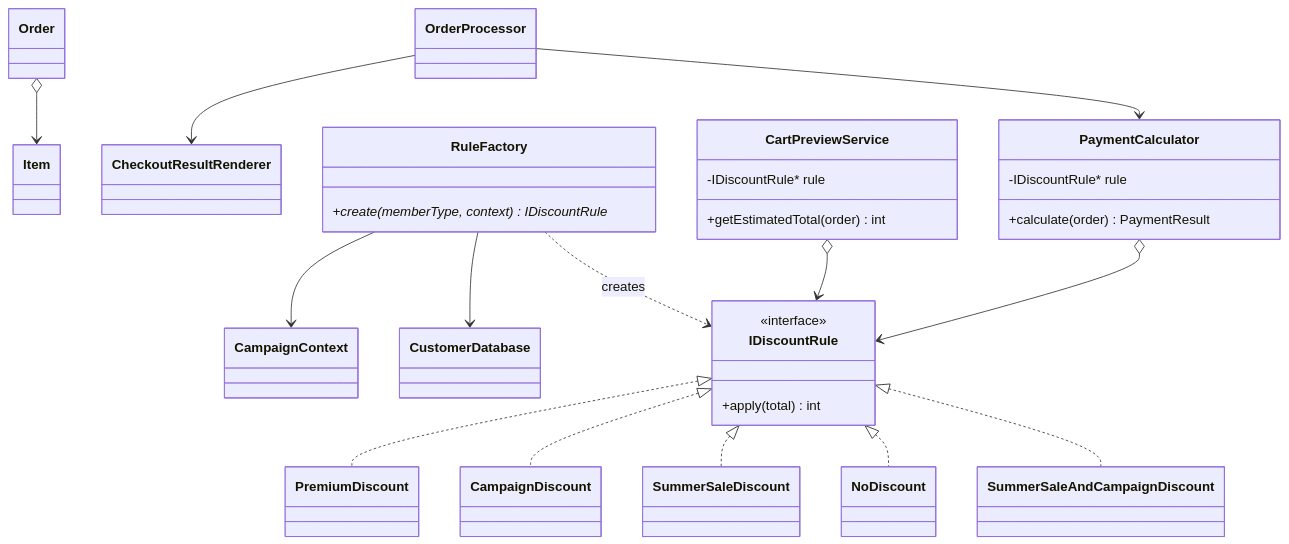
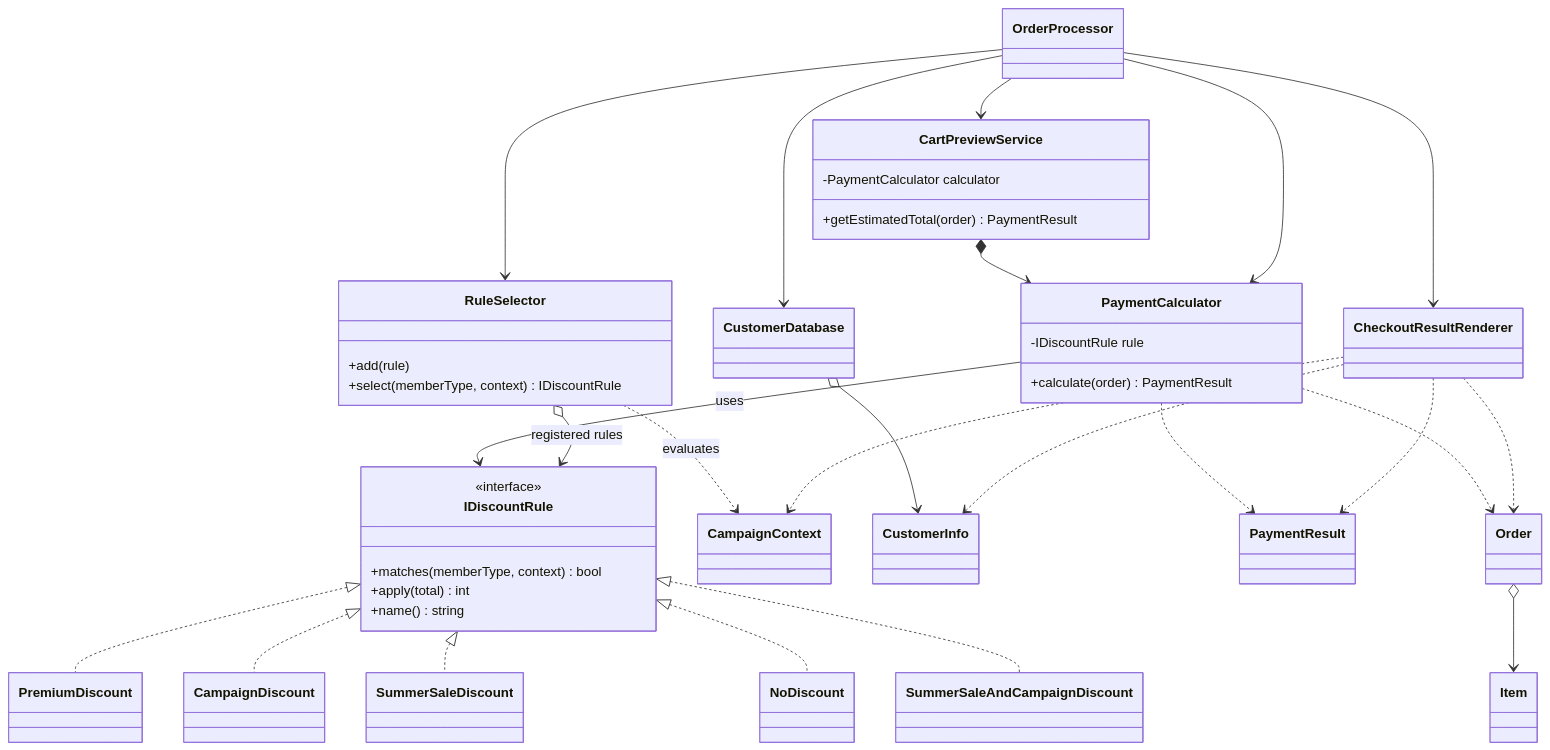
The eighth of 12 diagrams in kindle/design-patterns/output/chapter01.md (kumachan1101-pixel/DesignPattern), drawn with Mermaid before and after one commit. The commit also changed other lines of this file and 1 other file, not shown here.

````diff
--- a/kindle/design-patterns/output/chapter01.md
+++ b/kindle/design-patterns/output/chapter01.md
@@ -1739,42 +2046,56 @@
 ```mermaid
 classDiagram
     class Item
     class Order
     class CampaignContext
+    class CustomerInfo
     class CustomerDatabase
     class CheckoutResultRenderer
     class OrderProcessor
+    class PaymentResult
     class NoDiscount
     class SummerSaleAndCampaignDiscount
     class PaymentCalculator {
-        -IDiscountRule* rule
+        -IDiscountRule rule
         +calculate(order) PaymentResult
     }
     class CartPreviewService {
-        -IDiscountRule* rule
-        +getEstimatedTotal(order) int
+        -PaymentCalculator calculator
+        +getEstimatedTotal(order) PaymentResult
     }
     class IDiscountRule {
         <<interface>>
+        +matches(memberType, context) bool
         +apply(total) int
+        +name() string
     }
     class PremiumDiscount
     class CampaignDiscount
     class SummerSaleDiscount
-    class RuleFactory {
-        +create(memberType, context) IDiscountRule*
+    class RuleSelector {
+        +add(rule)
+        +select(memberType, context) IDiscountRule
     }
-    PaymentCalculator o--> IDiscountRule
-    CartPreviewService o--> IDiscountRule
+    PaymentCalculator --> IDiscountRule : uses
+    CartPreviewService *--> PaymentCalculator
+    RuleSelector o--> IDiscountRule : registered rules
     IDiscountRule <|.. PremiumDiscount
     IDiscountRule <|.. CampaignDiscount
     IDiscountRule <|.. SummerSaleDiscount
     IDiscountRule <|.. NoDiscount
     IDiscountRule <|.. SummerSaleAndCampaignDiscount
     Order o--> Item
+    CustomerDatabase o--> CustomerInfo
+    OrderProcessor --> CustomerDatabase
+    OrderProcessor --> RuleSelector
     OrderProcessor --> PaymentCalculator
+    OrderProcessor --> CartPreviewService
     OrderProcessor --> CheckoutResultRenderer
-    RuleFactory --> CampaignContext
-    RuleFactory --> CustomerDatabase
-    RuleFactory ..> IDiscountRule : creates
+    RuleSelector ..> CampaignContext : evaluates
+    PaymentCalculator ..> Order
+    PaymentCalculator ..> PaymentResult
+    CheckoutResultRenderer ..> CustomerInfo
+    CheckoutResultRenderer ..> Order
+    CheckoutResultRenderer ..> CampaignContext
+    CheckoutResultRenderer ..> PaymentResult
 ```
````
